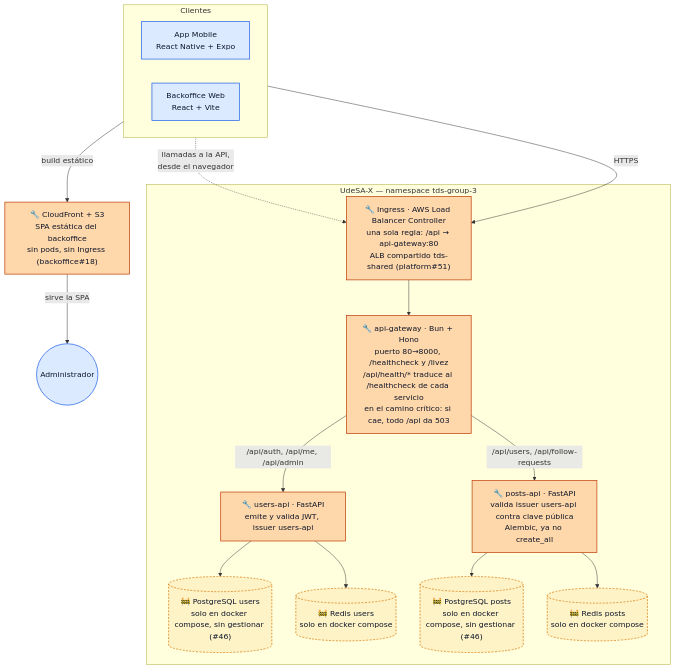
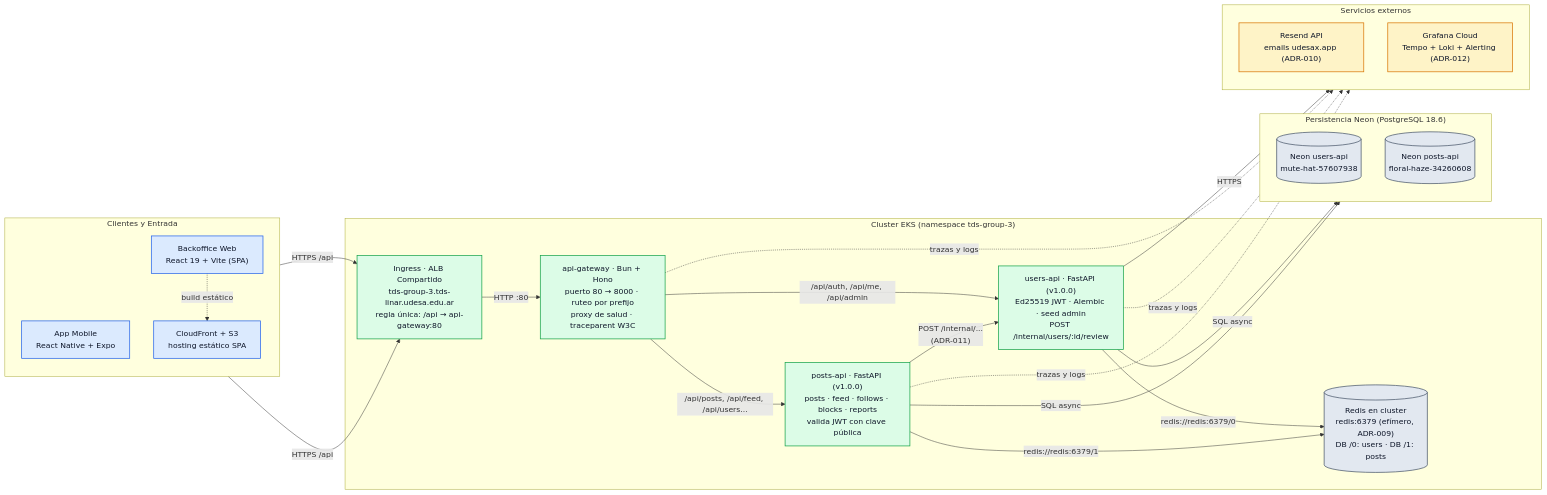
One commit to tds-g3-2s2026/udesa-x-platform changed the second of 4 diagrams in docs/C4.md. Above: the diagram before and after it, drawn with Mermaid. The commit also changed other lines of this file, not shown here.

Commit message:
docs(c4): actualizar diagramas de arquitectura (#79)

````diff
--- a/docs/C4.md
+++ b/docs/C4.md
@@ -61,39 +79,60 @@
 ```mermaid
-flowchart TB
-    subgraph clientes["Clientes"]
-        direction LR
+flowchart LR
+    subgraph clientes["Clientes y Entrada"]
+        direction TB
         MOB["App Mobile<br/>React Native + Expo"]
-        BO["Backoffice Web<br/>React + Vite"]
-    end
-    CDN["🔧 CloudFront + S3<br/>SPA estática del backoffice<br/>sin pods, sin Ingress (backoffice#18)"]
-    subgraph sistema["UdeSA-X — namespace tds-group-3"]
-        ING["🔧 Ingress · AWS Load Balancer Controller<br/>una sola regla: /api → api-gateway:80<br/>ALB compartido tds-shared (platform#51)"]
-        GW["🔧 api-gateway · Bun + Hono<br/>puerto 80→8000, /healthcheck y /livez<br/>/api/health/* traduce al /healthcheck de cada servicio<br/>en el camino crítico: si cae, todo /api da 503"]
-        USR["🔧 users-api · FastAPI<br/>emite y valida JWT, issuer users-api"]
-        PST["🔧 posts-api · FastAPI<br/>valida issuer users-api contra clave pública<br/>Alembic, ya no create_all"]
-        RU[("🚧 PostgreSQL users<br/>solo en docker compose, sin gestionar (#46)")]
-        RP[("🚧 PostgreSQL posts<br/>solo en docker compose, sin gestionar (#46)")]
-        REU[("🚧 Redis users<br/>solo en docker compose")]
-        REP[("🚧 Redis posts<br/>solo en docker compose")]
+        BO["Backoffice Web<br/>React 19 + Vite (SPA)"]
+        CDN["CloudFront + S3<br/>hosting estático SPA"]
+        BO -.->|"build estático"| CDN
     end
 
-    BO -->|"build estático"| CDN
-    CDN -->|"sirve la SPA"| ADMIN(("Administrador"))
-    BO -.->|"llamadas a la API,<br/>desde el navegador"| ING
-    MOB -->|"HTTPS"| ING
-    ING --> GW
-    GW -->|"/api/auth, /api/me, /api/admin"| USR
-    GW -->|"/api/users, /api/follow-requests"| PST
-    USR --> RU
-    USR --> REU
-    PST --> RP
-    PST --> REP
+    subgraph k8s["Cluster EKS (namespace tds-group-3)"]
+        ING["Ingress · ALB Compartido<br/>tds-group-3.tds-linar.udesa.edu.ar<br/>regla única: /api → api-gateway:80"]
+        GW["api-gateway · Bun + Hono<br/>puerto 80 → 8000 · ruteo por prefijo<br/>proxy de salud · traceparent W3C"]
+        
+        ING -->|"HTTP :80"| GW
+
+        USR["users-api · FastAPI (v1.0.0)<br/>Ed25519 JWT · Alembic · seed admin<br/>POST /internal/users/:id/review"]
+        PST["posts-api · FastAPI (v1.0.0)<br/>posts · feed · follows · blocks · reports<br/>valida JWT con clave pública"]
+        RED[("Redis en cluster<br/>redis:6379 (efímero, ADR-009)<br/>DB /0: users · DB /1: posts")]
+
+        GW -->|"/api/auth, /api/me, /api/admin"| USR
+        GW -->|"/api/posts, /api/feed, /api/users..."| PST
+        PST -->|"POST /internal/...<br/>(ADR-011)"| USR
+
+        USR -->|"redis://redis:6379/0"| RED
+        PST -->|"redis://redis:6379/1"| RED
+    end
+
+    subgraph datos["Persistencia Neon (PostgreSQL 18.6)"]
+        direction TB
+        NEON_U[("Neon users-api<br/>mute-hat-57607938")]
+        NEON_P[("Neon posts-api<br/>floral-haze-34260608")]
+    end
+
+    subgraph externos["Servicios externos"]
+        direction TB
+        RESEND["Resend API<br/>emails udesax.app (ADR-010)"]
+        GRAFANA["Grafana Cloud<br/>Tempo + Loki + Alerting (ADR-012)"]
+    end
+
+    MOB -->|"HTTPS /api"| ING
+    BO -->|"HTTPS /api"| ING
+
+    USR -->|"SQL async"| NEON_U
+    PST -->|"SQL async"| NEON_P
+    USR -->|"HTTPS"| RESEND
+
+    GW -.->|"trazas y logs"| GRAFANA
+    USR -.->|"trazas y logs"| GRAFANA
+    PST -.->|"trazas y logs"| GRAFANA
 
     classDef cliente fill:#dbeafe,stroke:#2563eb,stroke-width:1.5px,color:#0f172a
     classDef listo fill:#dcfce7,stroke:#16a34a,stroke-width:1.5px,color:#0f172a
-    classDef enpr fill:#fed7aa,stroke:#c2410c,stroke-width:1.5px,color:#0f172a
-    classDef pendiente fill:#fef3c7,stroke:#d97706,stroke-width:1.5px,color:#0f172a,stroke-dasharray: 4 3
-    class MOB,BO,ADMIN cliente
-    class ING,GW,USR,PST,CDN enpr
-    class RU,RP,REU,REP pendiente
+    classDef store fill:#e2e8f0,stroke:#475569,stroke-width:1.5px,color:#0f172a
+    classDef externo fill:#fef3c7,stroke:#d97706,stroke-width:1.5px,color:#0f172a
+    class MOB,BO,CDN cliente
+    class ING,GW,USR,PST listo
+    class RED,NEON_U,NEON_P store
+    class RESEND,GRAFANA externo
 ```
````
